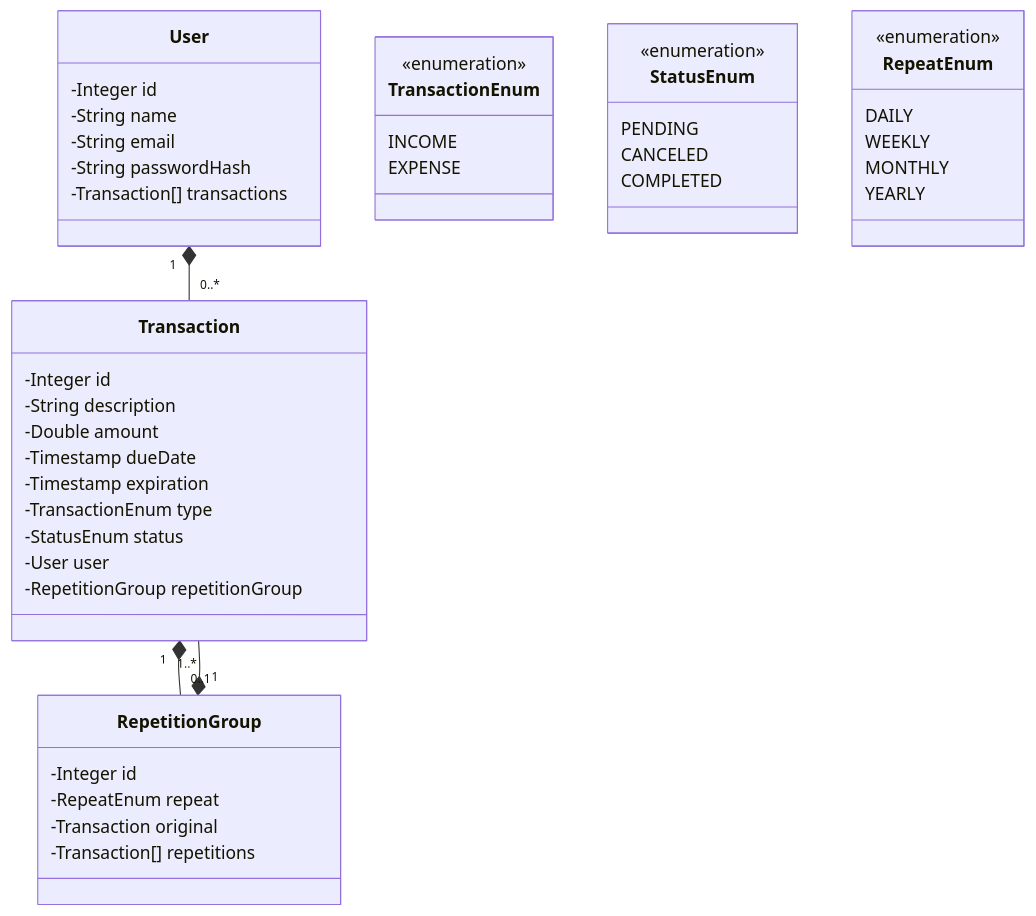
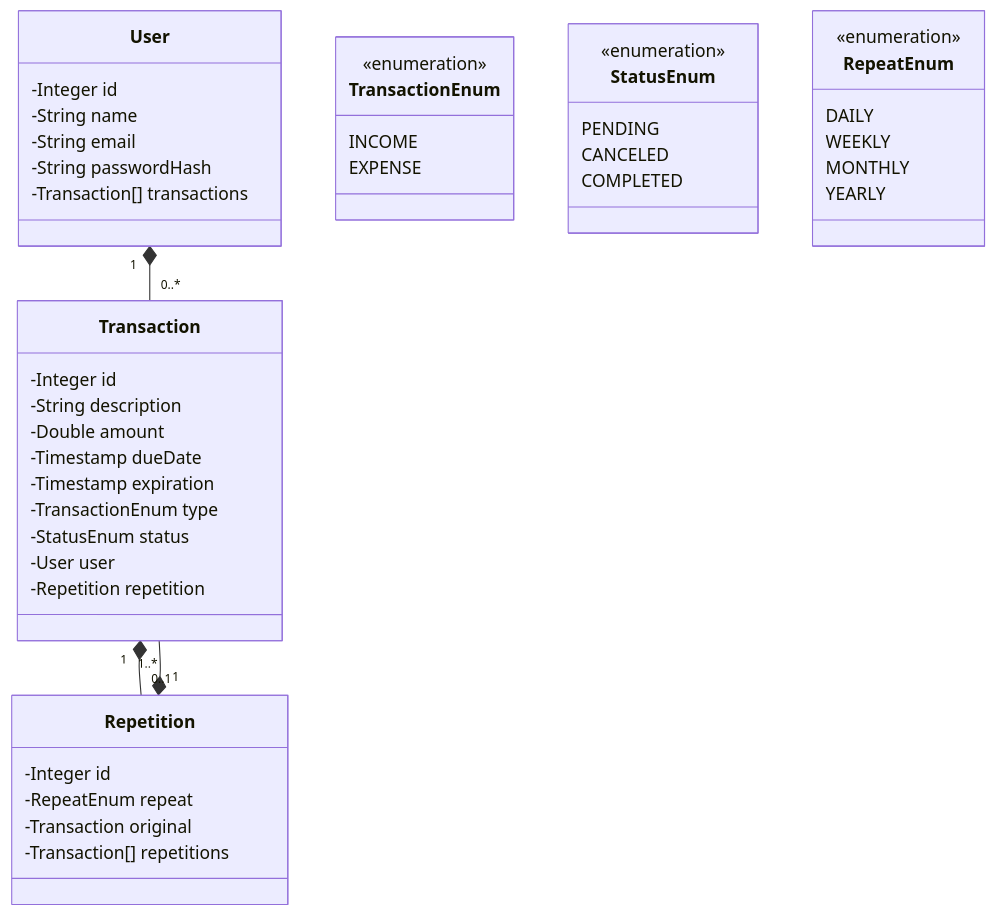
Before and after one commit to aldair-gc/budget_dev: the diagram in README.md, drawn with Mermaid. The commit also changed 23 other files, not shown here.

````diff
--- a/README.md
+++ b/README.md
@@ -6,54 +6,54 @@
 ```mermaid
 classDiagram
   class User {
      -Integer id
      -String name
      -String email
      -String passwordHash
      -Transaction[] transactions
   }
 
   class Transaction {
      -Integer id
      -String description
      -Double amount
      -Timestamp dueDate
      -Timestamp expiration
      -TransactionEnum type
      -StatusEnum status
      -User user
-     -RepetitionGroup repetitionGroup
+     -Repetition repetition
   }
   
   class TransactionEnum {
       <<enumeration>>
       INCOME
       EXPENSE
   }
   
   class StatusEnum {
       <<enumeration>>
       PENDING
       CANCELED
       COMPLETED
   }
   
-  class RepetitionGroup {
+  class Repetition {
       -Integer id
       -RepeatEnum repeat
       -Transaction original
       -Transaction[] repetitions
   }
   
   class RepeatEnum {
       <<enumeration>>
       DAILY
       WEEKLY
       MONTHLY
       YEARLY
   }
 
   User "1" *-- "0..*" Transaction
-  Transaction "1" *-- "0..1" RepetitionGroup
-  RepetitionGroup "1" *-- "1..*" Transaction
+  Transaction "1" *-- "0..1" Repetition
+  Repetition "1" *-- "1..*" Transaction
 ```
````
